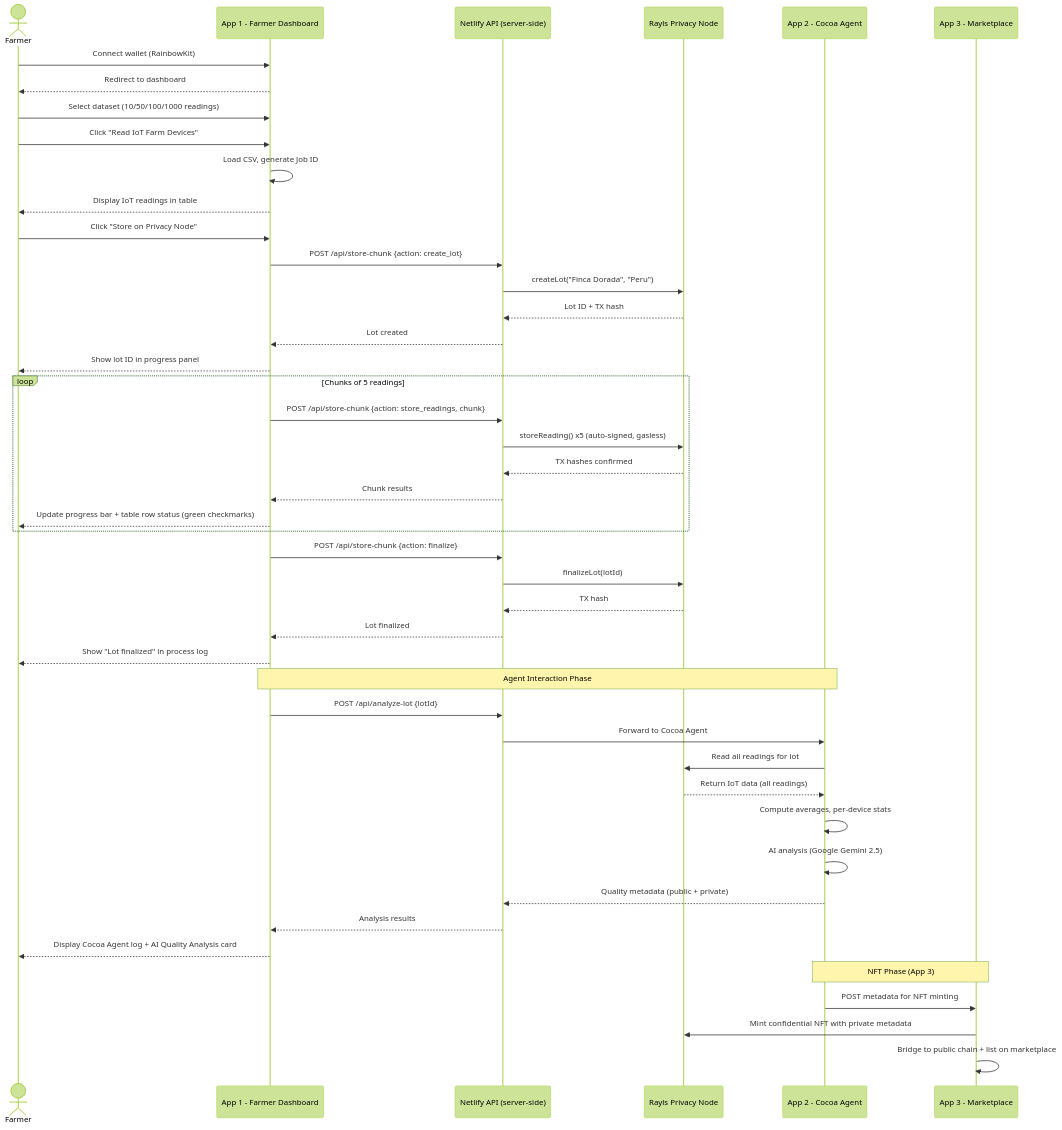
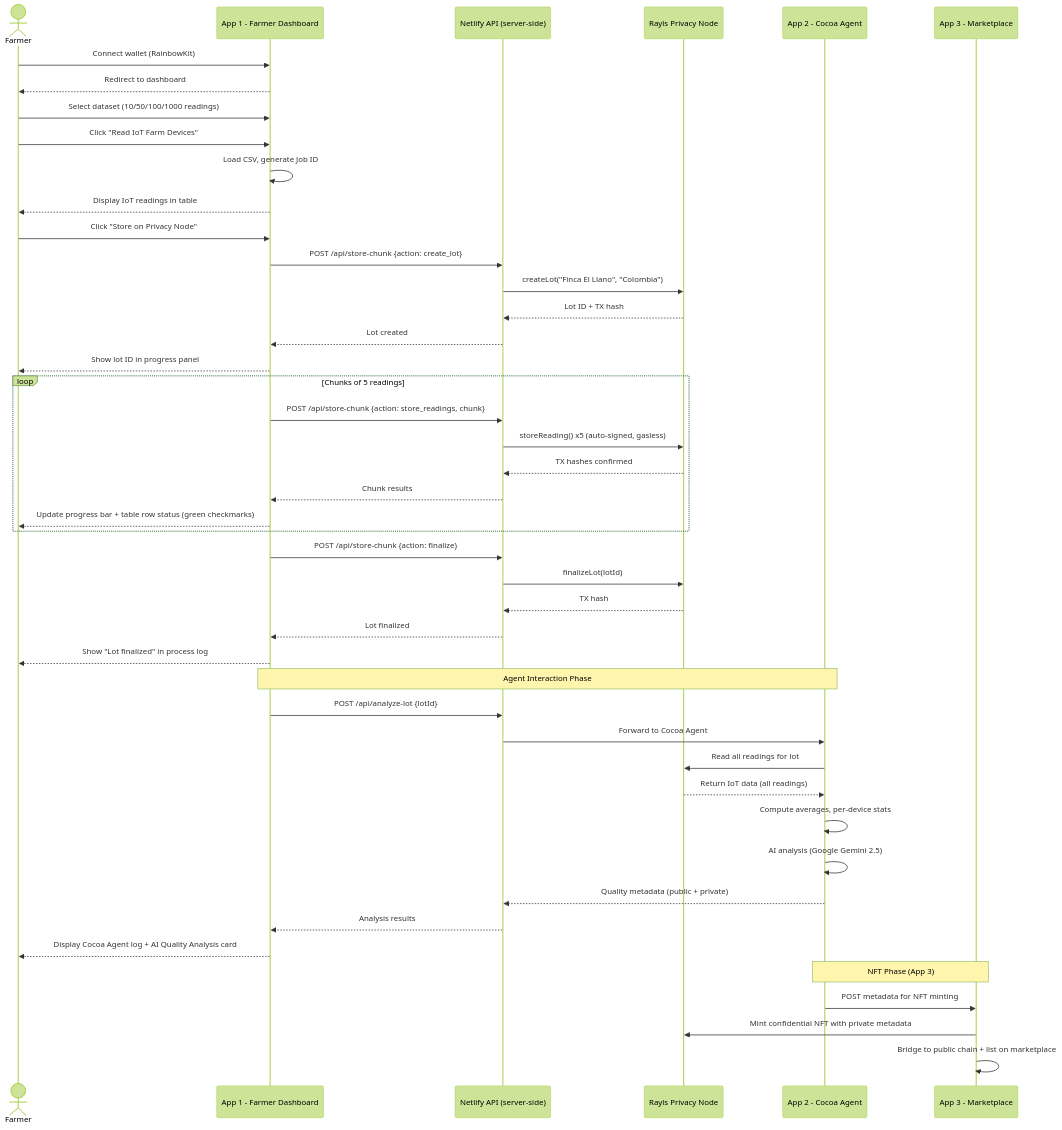
One commit to JulioMCruz/Cocoa-Ledger changed the fourth of 6 diagrams in README.md. Above: the diagram before and after it, drawn with Mermaid (forest theme). The commit also changed other lines of this file and 10 other files, not shown here.

````diff
--- a/README.md
+++ b/README.md
@@ -219,54 +219,54 @@
 ```mermaid
 sequenceDiagram
     actor Farmer
     participant App as App 1 - Farmer Dashboard
     participant API as Netlify API (server-side)
     participant PN as Rayls Privacy Node
     participant Agent as App 2 - Cocoa Agent
     participant Market as App 3 - Marketplace
 
     Farmer->>App: Connect wallet (RainbowKit)
     App-->>Farmer: Redirect to dashboard
 
     Farmer->>App: Select dataset (10/50/100/1000 readings)
     Farmer->>App: Click "Read IoT Farm Devices"
     App->>App: Load CSV, generate Job ID
     App-->>Farmer: Display IoT readings in table
 
     Farmer->>App: Click "Store on Privacy Node"
     App->>API: POST /api/store-chunk {action: create_lot}
-    API->>PN: createLot("Finca Dorada", "Peru")
+    API->>PN: createLot("Finca El Llano", "Colombia")
     PN-->>API: Lot ID + TX hash
     API-->>App: Lot created
     App-->>Farmer: Show lot ID in progress panel
 
     loop Chunks of 5 readings
         App->>API: POST /api/store-chunk {action: store_readings, chunk}
         API->>PN: storeReading() x5 (auto-signed, gasless)
         PN-->>API: TX hashes confirmed
         API-->>App: Chunk results
         App-->>Farmer: Update progress bar + table row status (green checkmarks)
     end
 
     App->>API: POST /api/store-chunk {action: finalize}
     API->>PN: finalizeLot(lotId)
     PN-->>API: TX hash
     API-->>App: Lot finalized
     App-->>Farmer: Show "Lot finalized" in process log
 
     Note over App,Agent: Agent Interaction Phase
     App->>API: POST /api/analyze-lot {lotId}
     API->>Agent: Forward to Cocoa Agent
     Agent->>PN: Read all readings for lot
     PN-->>Agent: Return IoT data (all readings)
     Agent->>Agent: Compute averages, per-device stats
     Agent->>Agent: AI analysis (Google Gemini 2.5)
     Agent-->>API: Quality metadata (public + private)
     API-->>App: Analysis results
     App-->>Farmer: Display Cocoa Agent log + AI Quality Analysis card
 
     Note over Agent,Market: NFT Phase (App 3)
     Agent->>Market: POST metadata for NFT minting
     Market->>PN: Mint confidential NFT with private metadata
     Market->>Market: Bridge to public chain + list on marketplace
 ```
````
